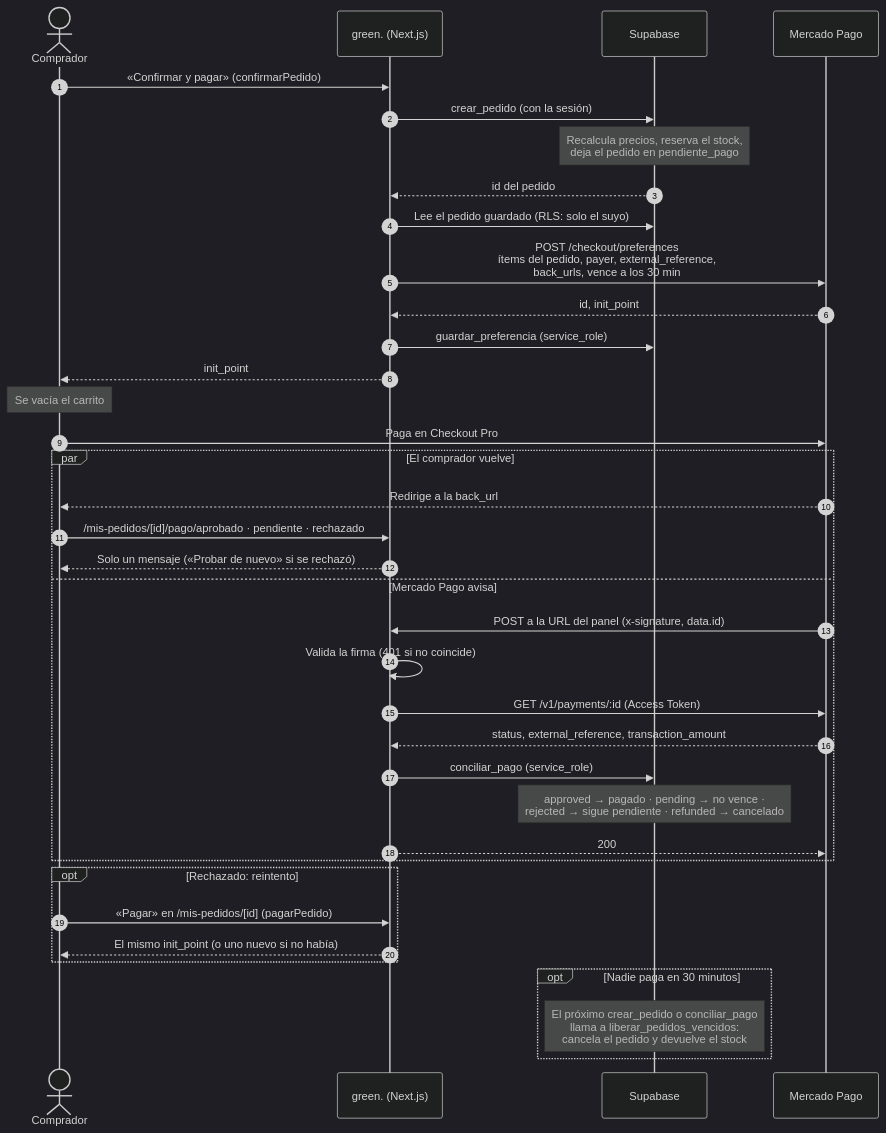
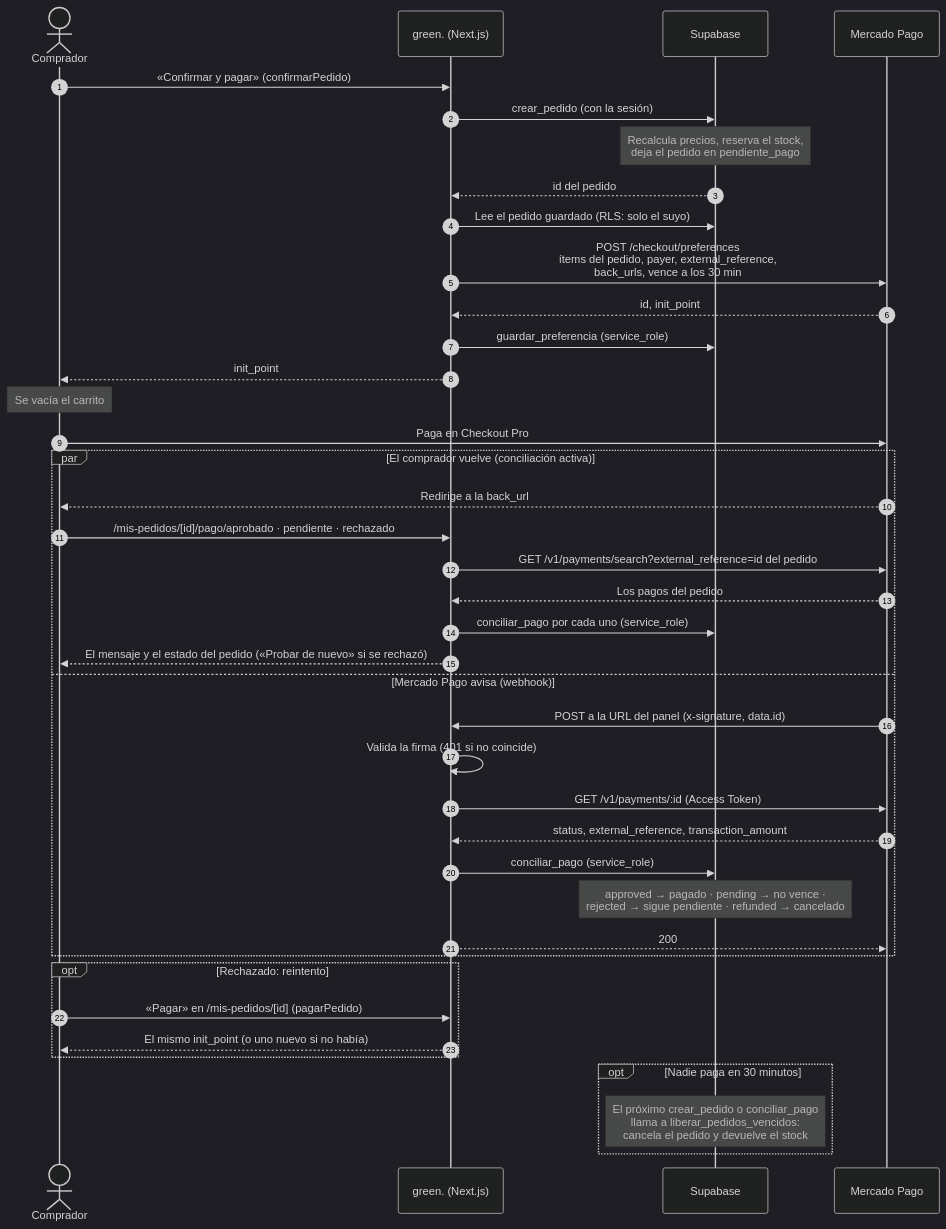
One commit to alanfvidela-wq/green-tenis changed the first of 2 diagrams in docs/API.md. Above: the diagram before and after it, drawn with Mermaid (dark theme). The commit also changed other lines of this file and 5 other files, not shown here.

First line of the commit message:
Pagos: conciliación activa por external_reference

````diff
--- a/docs/API.md
+++ b/docs/API.md
@@ -812,43 +857,46 @@
 ```mermaid
 sequenceDiagram
   autonumber
   actor C as Comprador
   participant G as green. (Next.js)
   participant S as Supabase
   participant MP as Mercado Pago
 
   C->>G: «Confirmar y pagar» (confirmarPedido)
   G->>S: crear_pedido (con la sesión)
   Note over S: Recalcula precios, reserva el stock,<br/>deja el pedido en pendiente_pago
   S-->>G: id del pedido
   G->>S: Lee el pedido guardado (RLS: solo el suyo)
   G->>MP: POST /checkout/preferences<br/>ítems del pedido, payer, external_reference,<br/>back_urls, vence a los 30 min
   MP-->>G: id, init_point
   G->>S: guardar_preferencia (service_role)
   G-->>C: init_point
   Note over C: Se vacía el carrito
   C->>MP: Paga en Checkout Pro
 
-  par El comprador vuelve
+  par El comprador vuelve (conciliación activa)
     MP-->>C: Redirige a la back_url
     C->>G: /mis-pedidos/[id]/pago/aprobado · pendiente · rechazado
-    G-->>C: Solo un mensaje («Probar de nuevo» si se rechazó)
-  and Mercado Pago avisa
+    G->>MP: GET /v1/payments/search?external_reference=id del pedido
+    MP-->>G: Los pagos del pedido
+    G->>S: conciliar_pago por cada uno (service_role)
+    G-->>C: El mensaje y el estado del pedido («Probar de nuevo» si se rechazó)
+  and Mercado Pago avisa (webhook)
     MP->>G: POST a la URL del panel (x-signature, data.id)
     G->>G: Valida la firma (401 si no coincide)
     G->>MP: GET /v1/payments/:id (Access Token)
     MP-->>G: status, external_reference, transaction_amount
     G->>S: conciliar_pago (service_role)
     Note over S: approved → pagado · pending → no vence ·<br/>rejected → sigue pendiente · refunded → cancelado
     G-->>MP: 200
   end
 
   opt Rechazado: reintento
     C->>G: «Pagar» en /mis-pedidos/[id] (pagarPedido)
     G-->>C: El mismo init_point (o uno nuevo si no había)
   end
 
   opt Nadie paga en 30 minutos
     Note over S: El próximo crear_pedido o conciliar_pago<br/>llama a liberar_pedidos_vencidos:<br/>cancela el pedido y devuelve el stock
   end
 ```
````
